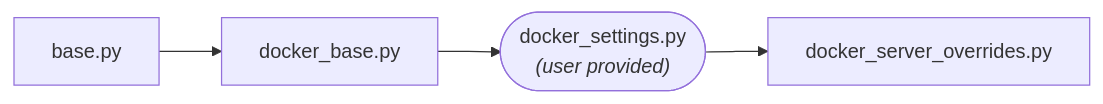
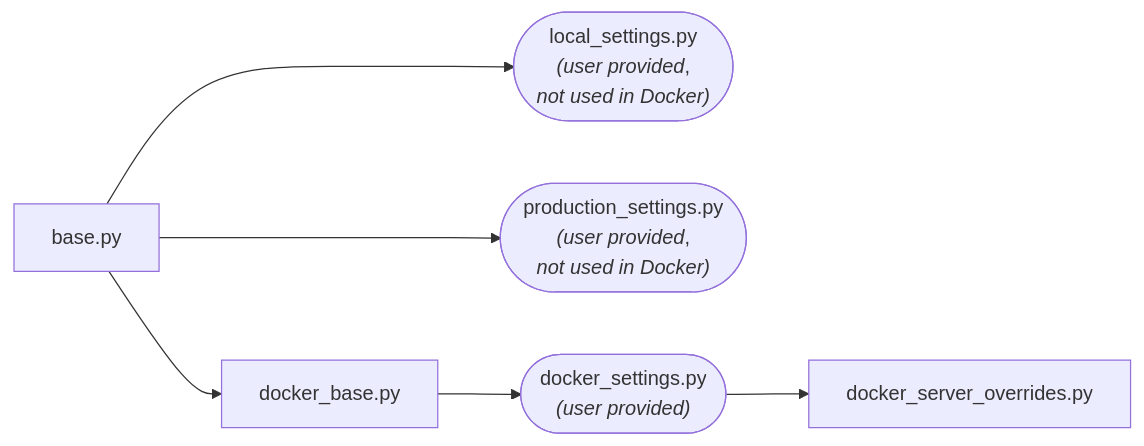
One commit to KSIUJ/gutenberg changed the second of 2 diagrams in docs/src/internals/docker.md. Above: the diagram before and after it, drawn with Mermaid. The commit also changed other lines of this file and 3 other files, not shown here.

````diff
--- a/docs/src/internals/docker.md
+++ b/docs/src/internals/docker.md
@@ -39,9 +52,15 @@
 ```mermaid
 flowchart LR
 
 base[base.py]
+base ---> local(["`local_settings.py
+         _(user provided_,
+         _not used in Docker)_`"])
+base ---> production(["`production_settings.py
+         _(user provided_,
+         _not used in Docker)_`"])
 base --> docker_base[docker_base.py]
 docker_base --> docker_settings(["`docker_settings.py
                 _(user provided)_`"])
 docker_settings --> docker_server_overrides[docker_server_overrides.py]
 ```
````
